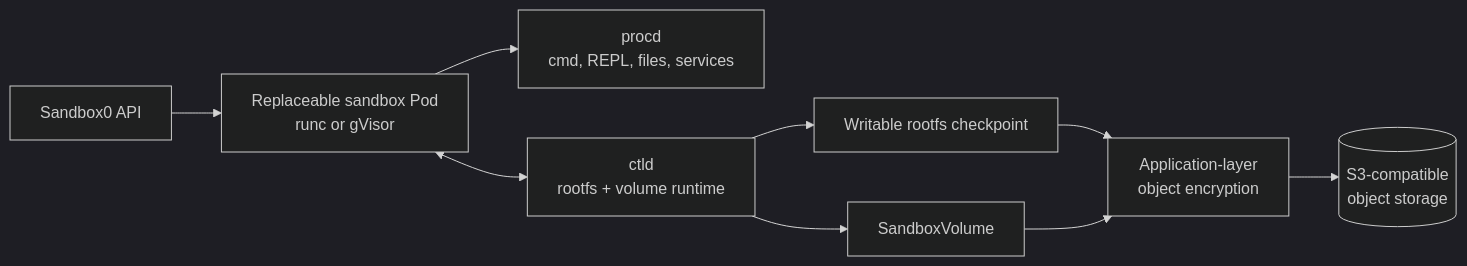
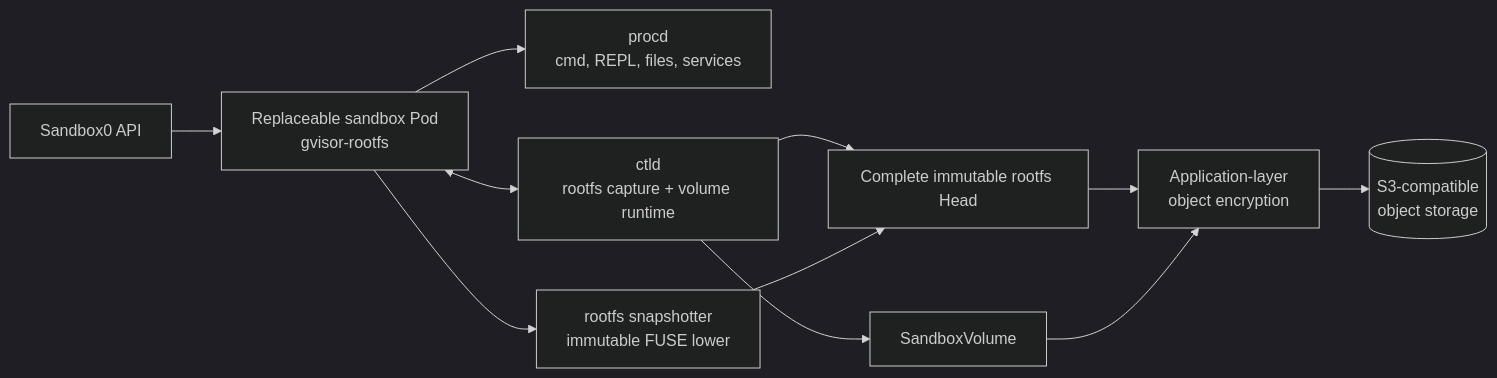
One commit to sandbox0-ai/sandbox0 changed the first of 2 diagrams in README.md. Above: the diagram before and after it, drawn with Mermaid (dark theme). The commit also changed other lines of this file and 145 other files, not shown here.

````diff
--- a/README.md
+++ b/README.md
@@ -111,11 +111,13 @@
 ```mermaid
 flowchart LR
-    api["Sandbox0 API"] --> pod["Replaceable sandbox Pod<br/>runc or gVisor"]
+    api["Sandbox0 API"] --> pod["Replaceable sandbox Pod<br/>gvisor-rootfs"]
     pod --> procd["procd<br/>cmd, REPL, files, services"]
-    pod <--> ctld["ctld<br/>rootfs + volume runtime"]
-    ctld --> rootfs["Writable rootfs checkpoint"]
+    pod <--> ctld["ctld<br/>rootfs capture + volume runtime"]
+    pod --> snapshotter["rootfs snapshotter<br/>immutable FUSE lower"]
+    ctld --> rootfs["Complete immutable rootfs Head"]
+    snapshotter --> rootfs
     ctld --> volume["SandboxVolume"]
     rootfs --> encryption["Application-layer<br/>object encryption"]
     volume --> encryption
     encryption --> object[("S3-compatible<br/>object storage")]
 ```
````
